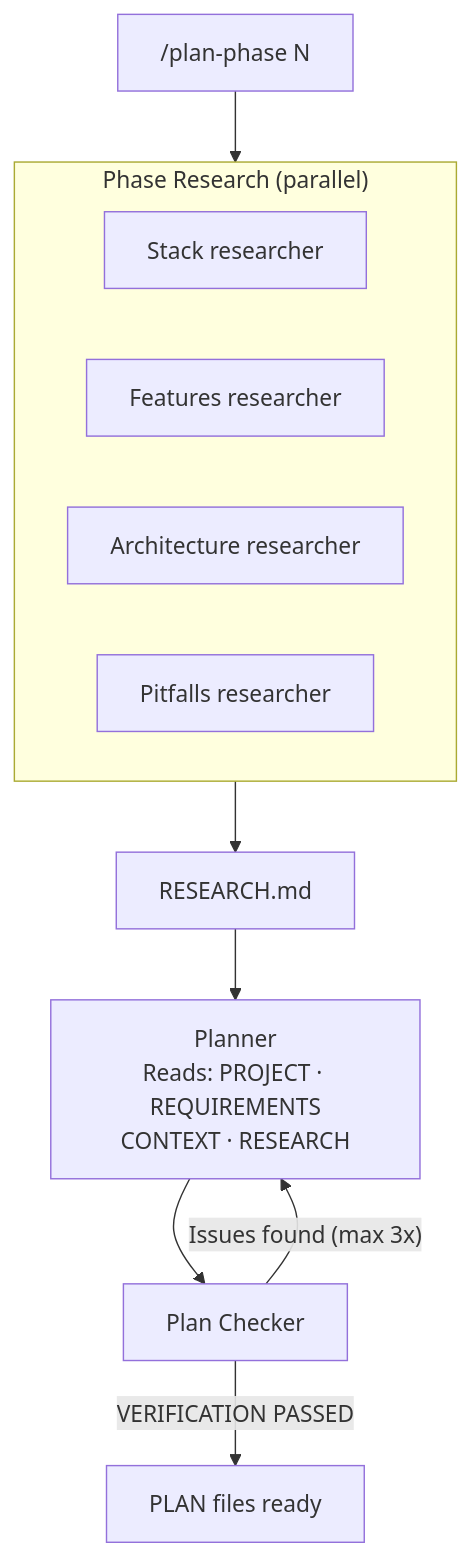
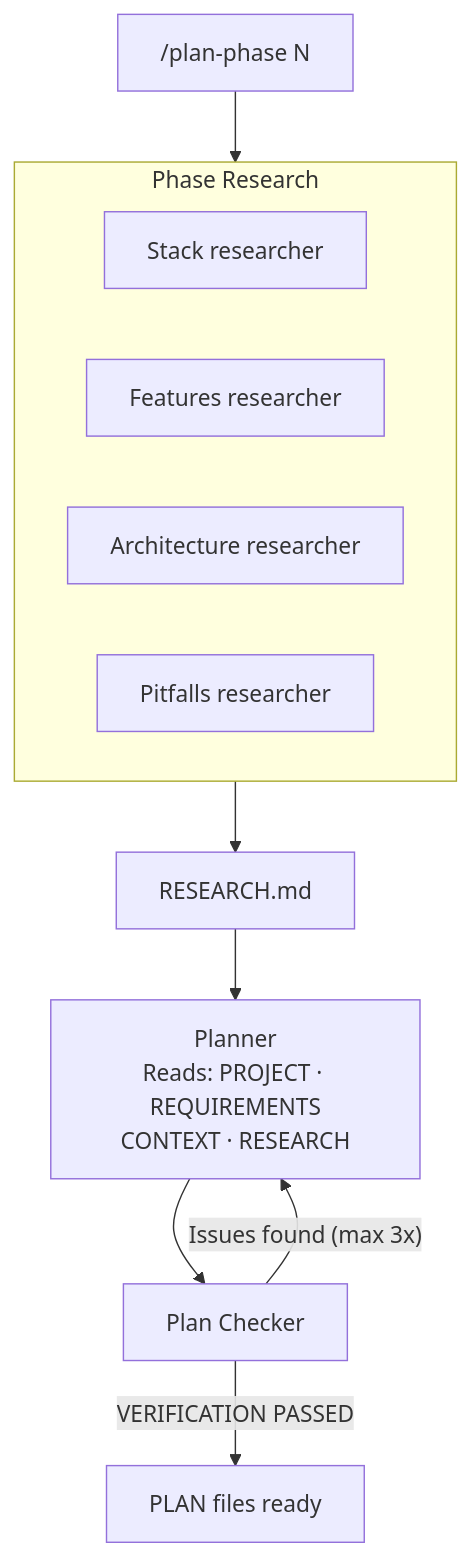
One commit to AdrianTJ/learnship changed the third of 7 diagrams in README.md. Above: the diagram before and after it, drawn with Mermaid. The commit also changed other lines of this file and 25 other files, not shown here.

````diff
--- a/README.md
+++ b/README.md
@@ -150,18 +150,18 @@
 ```mermaid
 flowchart TD
     PPN["/plan-phase N"]
 
-    subgraph RESEARCH["Phase Research (parallel)"]
+    subgraph RESEARCH["Phase Research"]
         R1["Stack researcher"]
         R2["Features researcher"]
         R3["Architecture researcher"]
         R4["Pitfalls researcher"]
     end
 
     PPN --> RESEARCH
     RESEARCH --> RMD["RESEARCH.md"]
     RMD --> PL["Planner<br/>Reads: PROJECT · REQUIREMENTS<br/>CONTEXT · RESEARCH"]
     PL --> CHK["Plan Checker"]
     CHK -->|"Issues found (max 3x)"| PL
     CHK -->|"VERIFICATION PASSED"| PLANS["PLAN files ready"]
 ```
````
